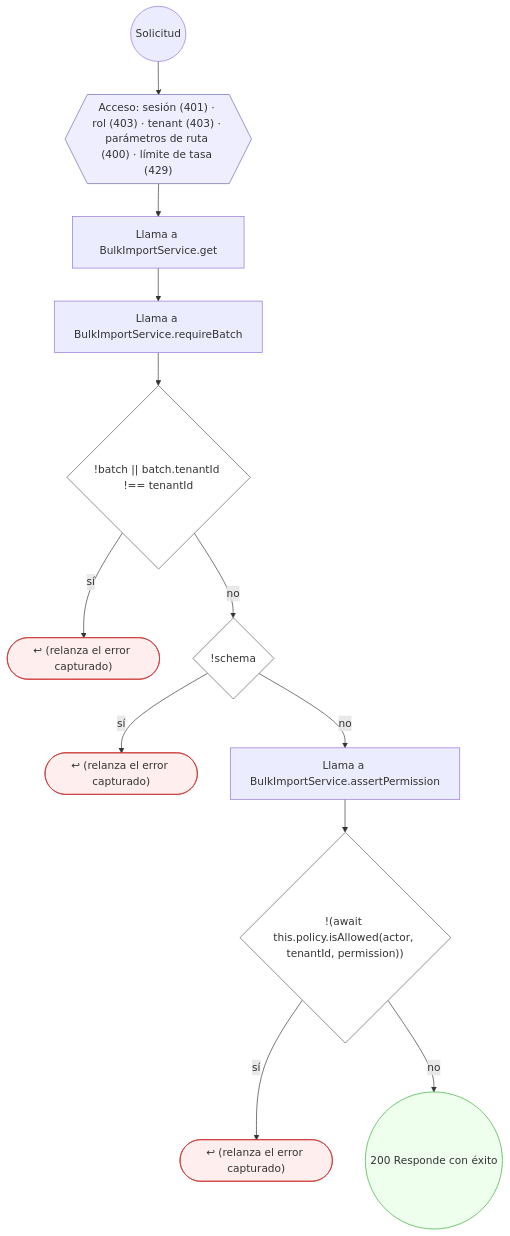
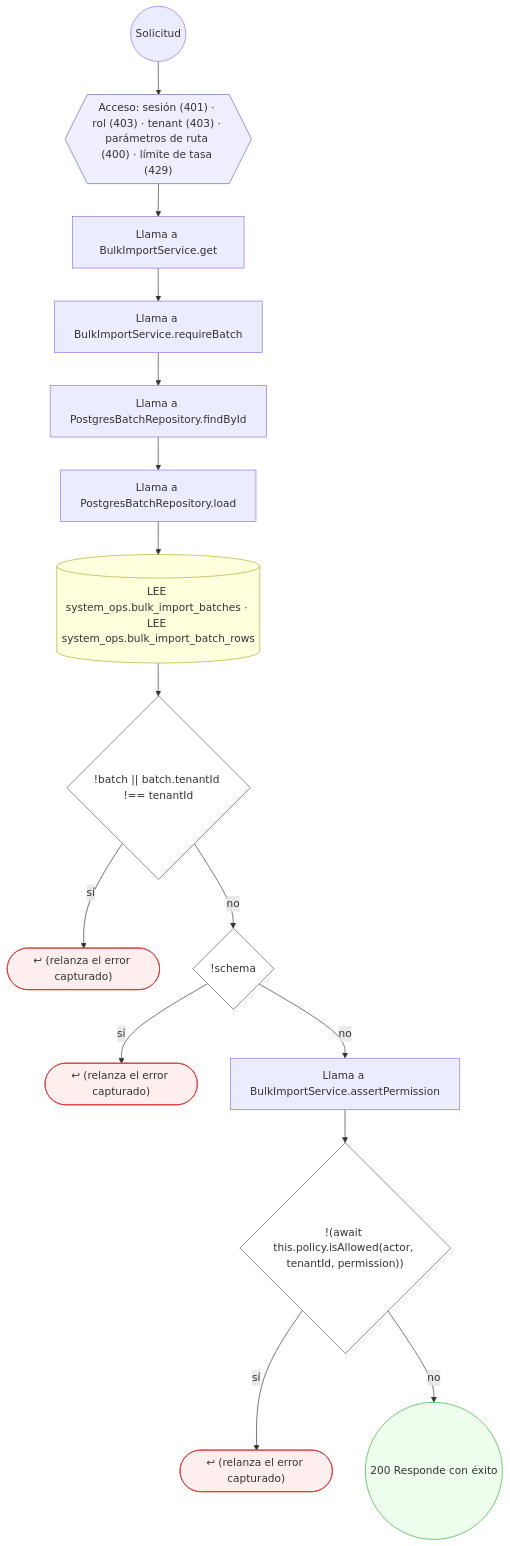
Before and after one commit to mdavila-2001/mantra-core-health-api: the fifth of 8 diagrams in docs/inventario/flujos/bulk_import.md, drawn with Mermaid. The commit also changed other lines of this file and 124 other files, not shown here.

````diff
--- a/docs/inventario/flujos/bulk_import.md
+++ b/docs/inventario/flujos/bulk_import.md
@@ -288,32 +304,38 @@
 ```mermaid
 flowchart TD
   n1(("Solicitud")):::inicio
   n2{{"Acceso: sesión (401) · rol (403) · tenant (403) · parámetros de ruta (400) · límite de tasa (429)"}}:::acceso
   n1 --> n2
   n3["Llama a BulkImportService.get"]:::llamada
   n2 --> n3
   n4["Llama a BulkImportService.requireBatch"]:::llamada
   n3 --> n4
-  n5{"!batch || batch.tenantId !== tenantId"}:::decision
+  n5["Llama a PostgresBatchRepository.findById"]:::llamada
   n4 --> n5
-  n6(["↩ (relanza el error capturado)"]):::error
-  n5 -->|"sí"| n6
-  n7{"!schema"}:::decision
-  n5 -->|"no"| n7
-  n8(["↩ (relanza el error capturado)"]):::error
-  n7 -->|"sí"| n8
-  n9["Llama a BulkImportService.assertPermission"]:::llamada
-  n7 -->|"no"| n9
-  n10{"!(await this.policy.isAllowed(actor, tenantId, permission))"}:::decision
-  n9 --> n10
+  n6["Llama a PostgresBatchRepository.load"]:::llamada
+  n5 --> n6
+  n7[("LEE system_ops.bulk_import_batches · LEE system_ops.bulk_import_batch_rows")]:::efecto
+  n6 --> n7
+  n8{"!batch || batch.tenantId !== tenantId"}:::decision
+  n7 --> n8
+  n9(["↩ (relanza el error capturado)"]):::error
+  n8 -->|"sí"| n9
+  n10{"!schema"}:::decision
+  n8 -->|"no"| n10
   n11(["↩ (relanza el error capturado)"]):::error
   n10 -->|"sí"| n11
-  n12(("200 Responde con éxito")):::ok
+  n12["Llama a BulkImportService.assertPermission"]:::llamada
   n10 -->|"no"| n12
+  n13{"!(await this.policy.isAllowed(actor, tenantId, permission))"}:::decision
+  n12 --> n13
+  n14(["↩ (relanza el error capturado)"]):::error
+  n13 -->|"sí"| n14
+  n15(("200 Responde con éxito")):::ok
+  n13 -->|"no"| n15
   classDef acceso fill:#eef,stroke:#66a
   classDef error fill:#fee,stroke:#c33
   classDef ok fill:#efe,stroke:#3a3
   classDef efecto fill:#ffd,stroke:#aa3
   classDef decision fill:#fff,stroke:#555
   classDef corte fill:#eee,stroke:#999,stroke-dasharray: 4
 ```
````
